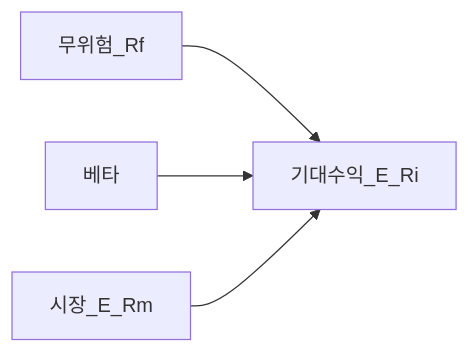
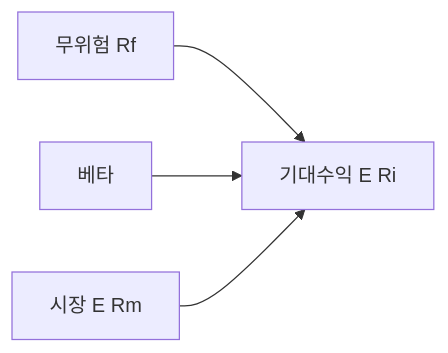
One commit to goldanghenry/Finances changed the first of 2 diagrams in 08-advanced/capm-and-risk-return.md. Above: the diagram before and after it, drawn with Mermaid. The commit also changed other lines of this file and 211 other files, not shown here.

````diff
--- a/08-advanced/capm-and-risk-return.md
+++ b/08-advanced/capm-and-risk-return.md
@@ -79,6 +93,6 @@
 ```mermaid
 flowchart LR
-  Rf[무위험_Rf] --> Er[기대수익_E_Ri]
+  Rf["무위험 Rf"] --> Er["기대수익 E Ri"]
   Beta[베타] --> Er
-  Rm[시장_E_Rm] --> Er
+  Rm["시장 E Rm"] --> Er
 ```
````
